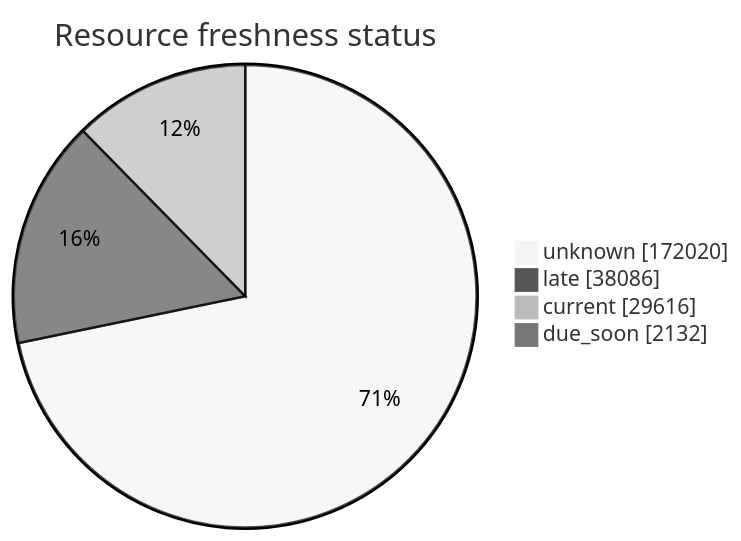
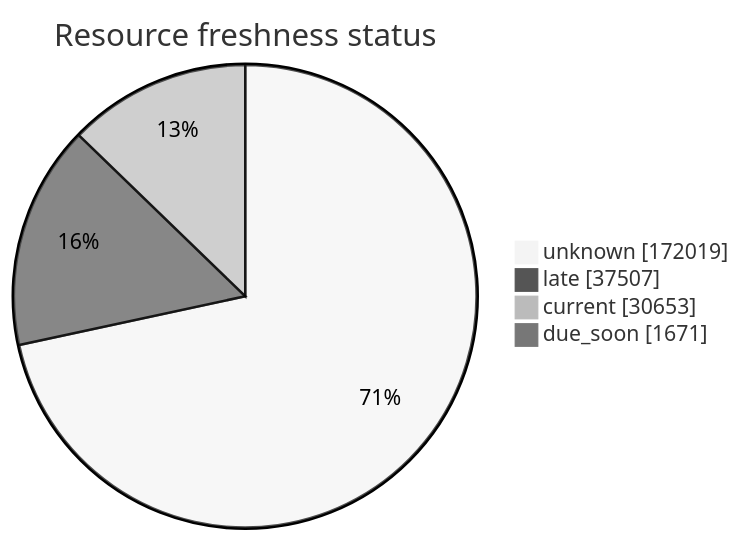
The third of 5 diagrams in FreshCheck/README.md (open-data/analytics-corporate-reporting), drawn with Mermaid (neutral theme) before and after one commit. The commit also changed other lines of this file and 3 other files, not shown here.

````diff
--- a/FreshCheck/README.md
+++ b/FreshCheck/README.md
@@ -77,7 +77,7 @@
 ```mermaid
 pie showData title Resource freshness status
-    "unknown": 172020
-    "late": 38086
-    "current": 29616
-    "due_soon": 2132
+    "unknown": 172019
+    "late": 37507
+    "current": 30653
+    "due_soon": 1671
 ```
````
